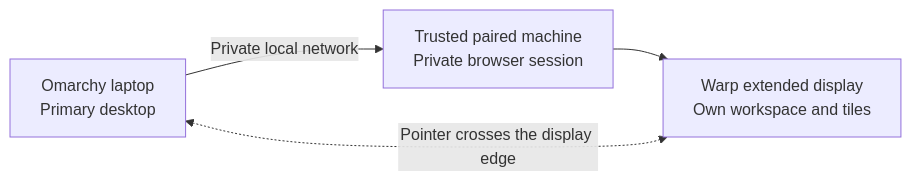
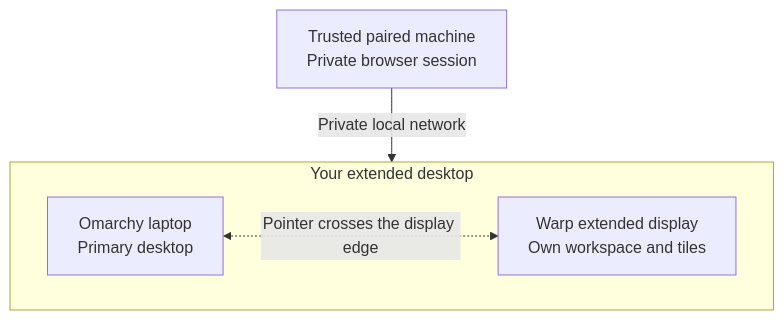
Before and after one commit to CG-8663/omarchy-warp: the first of 2 diagrams in README.md, drawn with Mermaid. The commit also changed other lines of this file, not shown here.

Commit message:
docs: straighten display relationship

````diff
--- a/README.md
+++ b/README.md
@@ -11,9 +16,11 @@
 ```mermaid
-flowchart LR
-    A[Omarchy laptop
-Primary desktop] -->|Private local network| B[Trusted paired machine
-Private browser session]
-    B --> C[Warp extended display
+flowchart TB
+    subgraph D[Your extended desktop]
+        direction LR
+        A[Omarchy laptop
+Primary desktop] <-. Pointer crosses the display edge .-> C[Warp extended display
 Own workspace and tiles]
-    C <-. Pointer crosses the display edge .-> A
+    end
+    B[Trusted paired machine
+Private browser session] -->|Private local network| C
 ```
````
